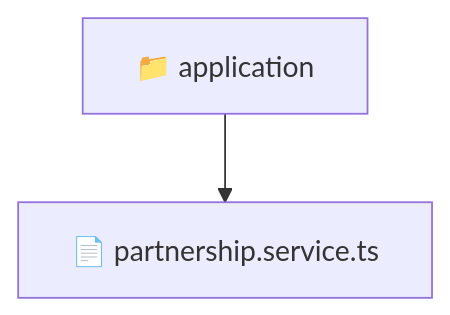
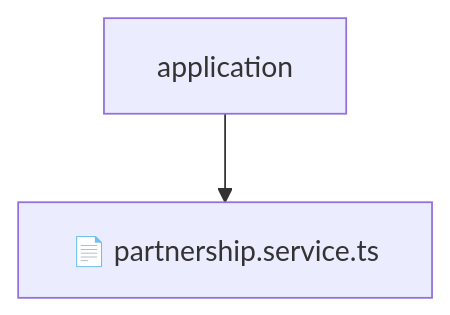
Before and after one commit to beginwebdev2002/fullstack-mavluda: the diagram in backend/src/modules/partnership/application/README.md, drawn with Mermaid. The commit also changed other lines of this file and 155 other files, not shown here.

````diff
--- a/backend/src/modules/partnership/application/README.md
+++ b/backend/src/modules/partnership/application/README.md
@@ -10,5 +14,5 @@
 ```mermaid
 graph TD
-  Root["📁 application"]
-  Root --> partnershipservicets["📄 partnership.service.ts"]
+    Root[application]
+    Root --> F0[📄 partnership.service.ts]
 ```
````
